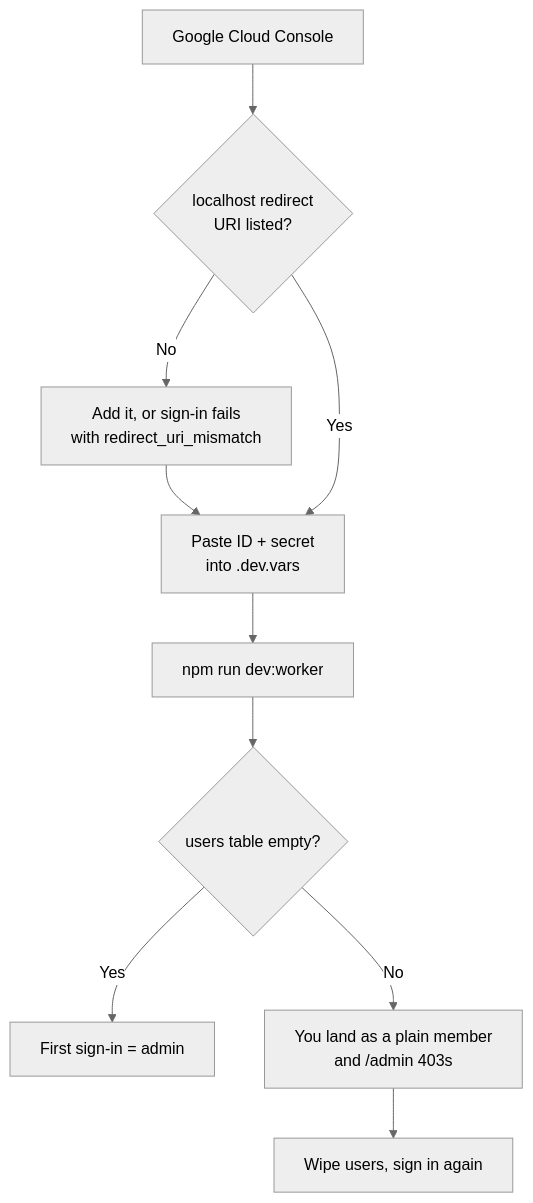
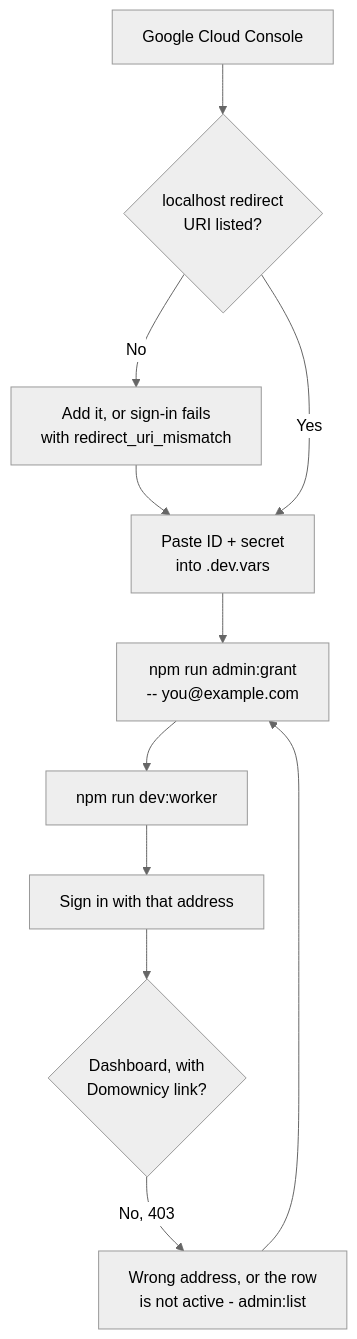
One commit to gustaw-beznicki/Home-dashboard changed the diagram in docs/runbooks/local-testing.md. Above: the diagram before and after it, drawn with Mermaid (neutral theme). The commit also changed other lines of this file and 16 other files, not shown here.

````diff
--- a/docs/runbooks/local-testing.md
+++ b/docs/runbooks/local-testing.md
@@ -58,12 +59,13 @@
 ```mermaid
 flowchart TD
     A[Google Cloud Console] --> B{localhost redirect<br/>URI listed?}
     B -->|No| C[Add it, or sign-in fails<br/>with redirect_uri_mismatch]
     C --> D
     B -->|Yes| D[Paste ID + secret<br/>into .dev.vars]
-    D --> E[npm run dev:worker]
-    E --> F{users table empty?}
-    F -->|Yes| G[First sign-in = admin]
-    F -->|No| H[You land as a plain member<br/>and /admin 403s]
-    H --> I[Wipe users, sign in again]
+    D --> E[npm run admin:grant<br/>-- you@example.com]
+    E --> F[npm run dev:worker]
+    F --> G[Sign in with that address]
+    G --> H{Dashboard, with<br/>Domownicy link?}
+    H -->|No, 403| I[Wrong address, or the row<br/>is not active - admin:list]
+    I --> E
 ```
````
